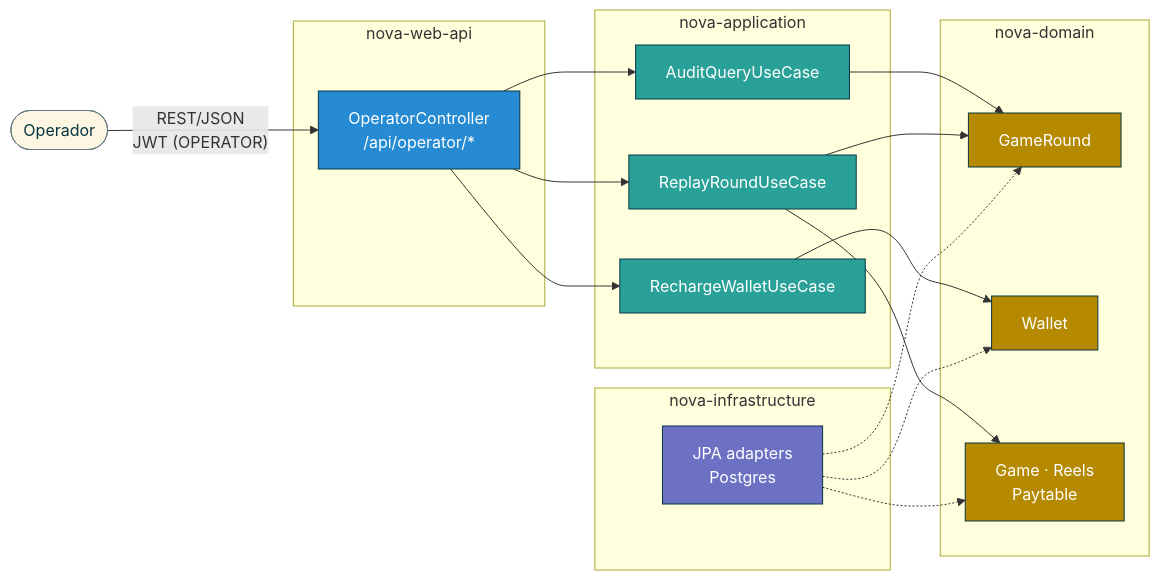
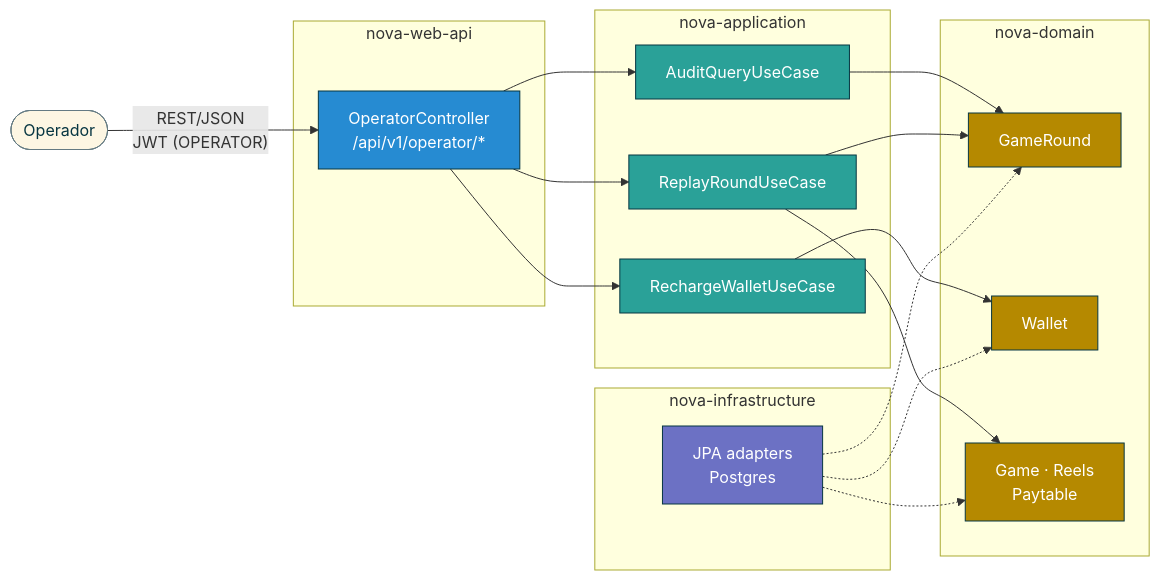
Before and after one commit to jordipochvall/AI4Devs-finalproject: the fourth of 10 diagrams in readme.md, drawn with Mermaid. The commit also changed other lines of this file and 1 other file, not shown here.

Commit message:
3. Modelo de Datos 4. Especificación de la API

````diff
--- a/readme.md
+++ b/readme.md
@@ -413,47 +440,47 @@
 ```mermaid
 flowchart LR
     Operator([Operador])
 
     subgraph WebApi["nova-web-api"]
-        OC["OperatorController<br/>/api/operator/*"]
+        OC["OperatorController<br/>/api/v1/operator/*"]
     end
 
     subgraph App["nova-application"]
         AUDIT_UC["AuditQueryUseCase"]
         REPLAY_UC["ReplayRoundUseCase"]
         RECH_UC["RechargeWalletUseCase"]
     end
 
     subgraph Domain["nova-domain"]
         AUD["GameRound"]
         WAL["Wallet"]
         GAME["Game · Reels<br/>Paytable"]
     end
 
     subgraph Infra["nova-infrastructure"]
         JPA["JPA adapters<br/>Postgres"]
     end
 
     Operator -- "REST/JSON<br/>JWT (OPERATOR)" --> OC
     OC --> AUDIT_UC
     OC --> REPLAY_UC
     OC --> RECH_UC
     AUDIT_UC --> AUD
     REPLAY_UC --> AUD
     REPLAY_UC --> GAME
     RECH_UC --> WAL
     JPA -.-> AUD
     JPA -.-> WAL
     JPA -.-> GAME
 
     classDef api fill:#268bd2,stroke:#073642,color:#fff
     classDef app fill:#2aa198,stroke:#073642,color:#fff
     classDef dom fill:#b58900,stroke:#073642,color:#fff
     classDef inf fill:#6c71c4,stroke:#073642,color:#fff
     classDef actor fill:#fdf6e3,stroke:#657b83,color:#073642
     class OC api
     class AUDIT_UC,REPLAY_UC,RECH_UC app
     class AUD,WAL,GAME dom
     class JPA inf
     class Operator actor
 ```
````
